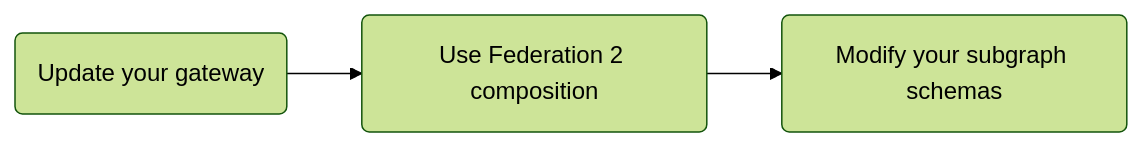
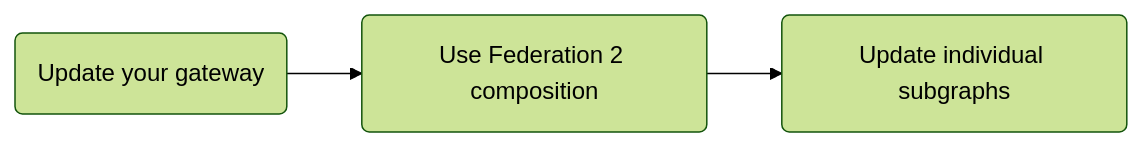
The first of 2 diagrams in docs/source/federation-2/moving-to-federation-2.mdx (apollographql/federation), drawn with Mermaid (forest theme) before and after one commit. The commit also changed other lines of this file, not shown here.

````diff
--- a/docs/source/federation-2/moving-to-federation-2.mdx
+++ b/docs/source/federation-2/moving-to-federation-2.mdx
@@ -14,6 +14,6 @@
 ```mermaid
 graph LR;
   gateway(Update your gateway)
   gateway --> composition(Use Federation 2 composition);
-  composition --> subgrahs(Modify your subgraph schemas);
+  composition --> subgrahs(Update individual subgraphs);
 ```
````
